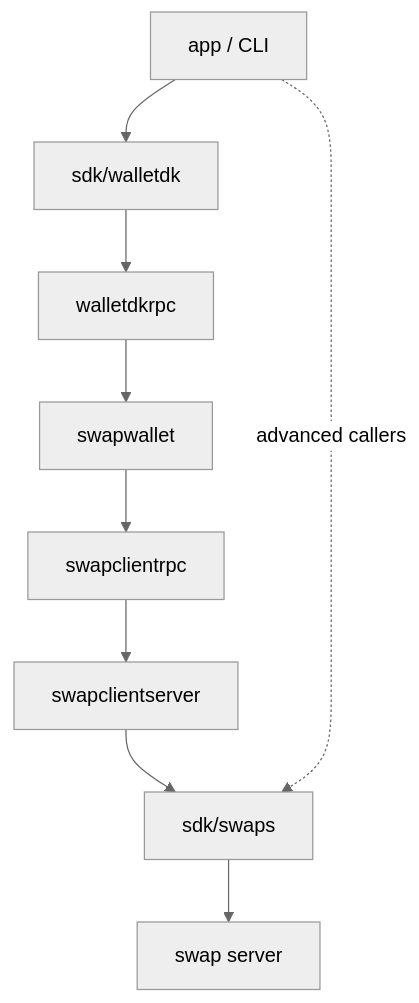
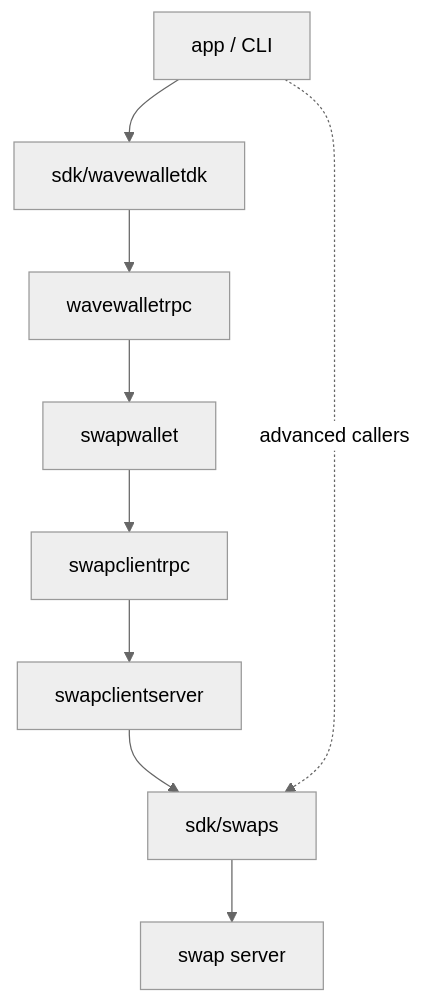
One commit to lightninglabs/wavelength changed the second of 7 diagrams in docs/credit_system.md. Above: the diagram before and after it, drawn with Mermaid (neutral theme). The commit also changed other lines of this file and 132 other files, not shown here.

````diff
--- a/docs/credit_system.md
+++ b/docs/credit_system.md
@@ -65,11 +65,11 @@
 ```mermaid
 flowchart TB
-    APP["app / CLI"] --> WDK["sdk/walletdk"]
-    WDK --> WRPC["walletdkrpc"]
+    APP["app / CLI"] --> WDK["sdk/wavewalletdk"]
+    WDK --> WRPC["wavewalletrpc"]
     WRPC --> WW["swapwallet"]
     WW --> SCRPC["swapclientrpc"]
     SCRPC --> SCS["swapclientserver"]
     SCS --> RAW["sdk/swaps"]
     RAW --> SWAPD["swap server"]
     APP -. "advanced callers" .-> RAW
 ```
````
